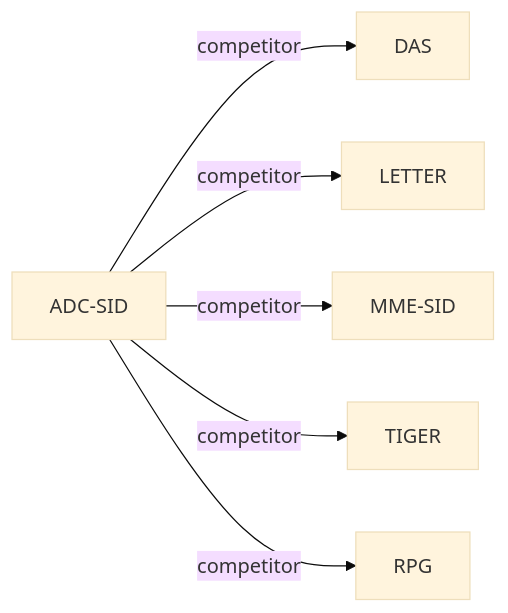
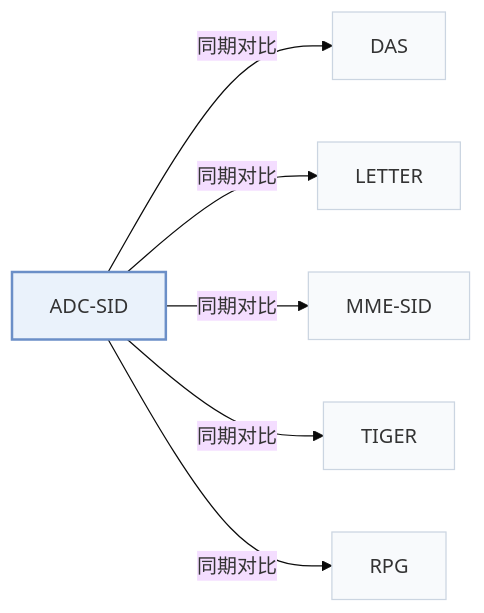
One commit to Galaxy-ghost/Awesome-SID-Generative-Rec changed the third of 3 diagrams in pages/zh/papers/adc-sid.md. Above: the diagram before and after it, drawn with Mermaid (base theme). The commit also changed other lines of this file and 649 other files, not shown here.

Commit message:
writer-05: also tags and modality index (schema, check, build, visuals); summary field removed; calibration data for 12 papers

````diff
--- a/pages/zh/papers/adc-sid.md
+++ b/pages/zh/papers/adc-sid.md
@@ -124,9 +146,13 @@
 ```mermaid
 flowchart LR
     P["ADC-SID"]
-    P -->|competitor| A["DAS"]
-    P -->|competitor| B["LETTER"]
-    P -->|competitor| C["MME-SID"]
-    P -->|competitor| D["TIGER"]
-    P -->|competitor| E["RPG"]
+    P -->|"同期对比"| A["DAS"]
+    P -->|"同期对比"| B["LETTER"]
+    P -->|"同期对比"| C["MME-SID"]
+    P -->|"同期对比"| D["TIGER"]
+    P -->|"同期对比"| E["RPG"]
+    classDef main fill:#eaf2fb,stroke:#6b8fc7,stroke-width:2px
+    classDef peer fill:#f8fafc,stroke:#cbd5e1
+    class P main
+    class A,B,C,D,E peer
 ```
````
